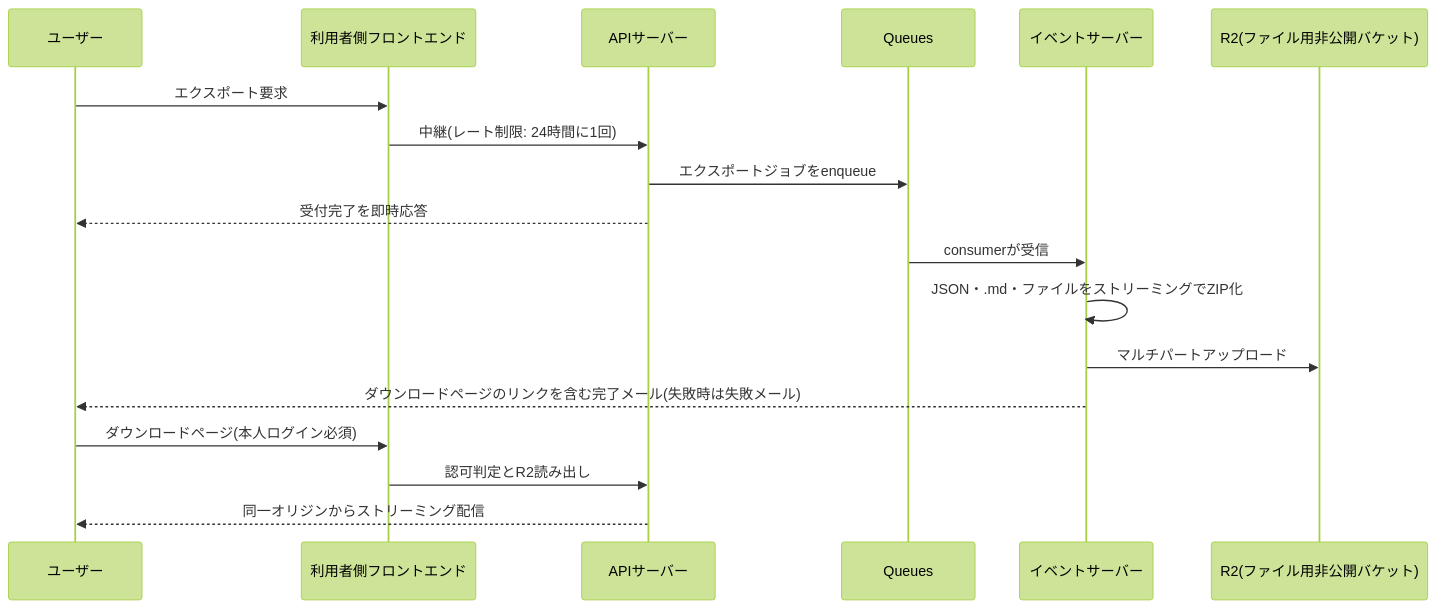
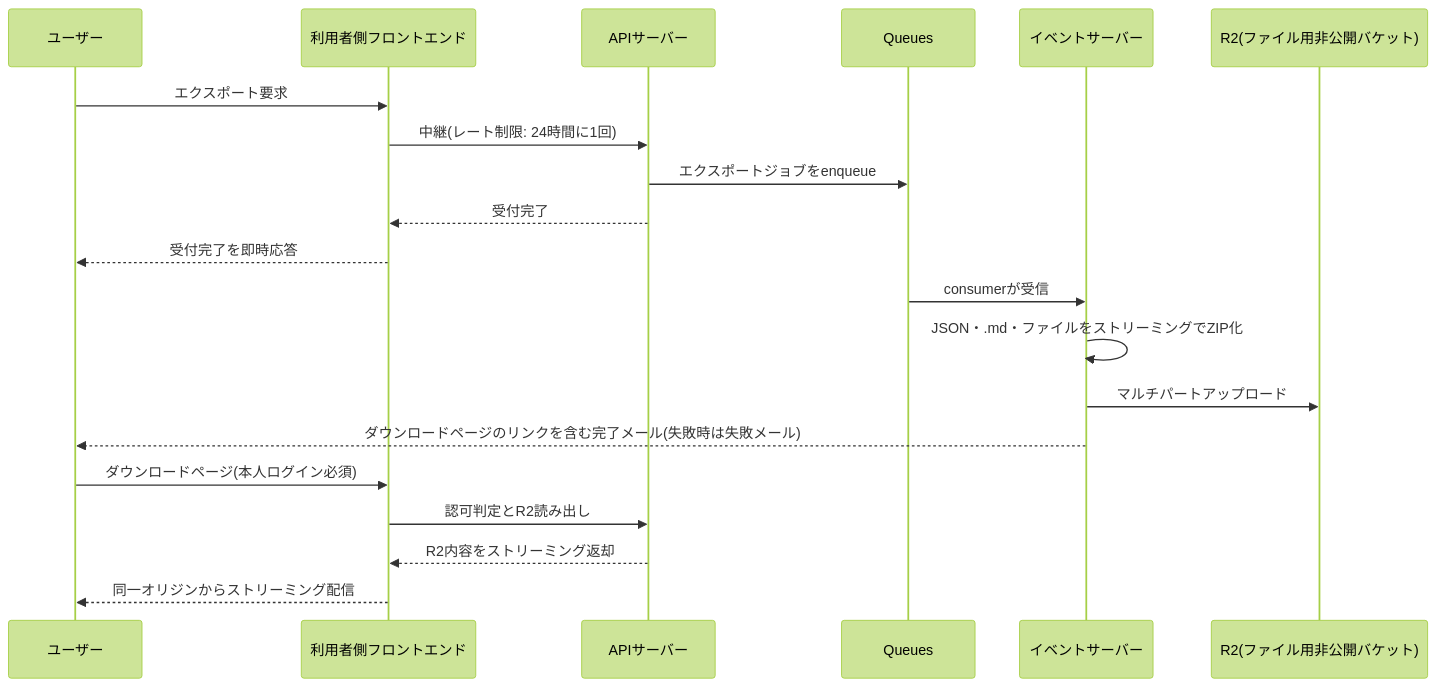
The diagram in docs/GUIDES/service/features/001-user-data-export.md (kurachiweb/genai-example-2-launch-platform), drawn with Mermaid (forest theme) before and after one commit.

Commit message:
docs(service): シーケンス図においてAPIサーバー→ユーザーは直接ではない

````diff
--- a/docs/GUIDES/service/features/001-user-data-export.md
+++ b/docs/GUIDES/service/features/001-user-data-export.md
@@ -603,20 +603,22 @@
 ```mermaid
 sequenceDiagram
     participant U as ユーザー
     participant F as 利用者側フロントエンド
     participant A as APIサーバー
     participant Q as Queues
     participant E as イベントサーバー
     participant R as R2(ファイル用非公開バケット)
     U->>F: エクスポート要求
     F->>A: 中継(レート制限: 24時間に1回)
     A->>Q: エクスポートジョブをenqueue
-    A-->>U: 受付完了を即時応答
+    A-->>F: 受付完了
+    F-->>U: 受付完了を即時応答
     Q->>E: consumerが受信
     E->>E: JSON・.md・ファイルをストリーミングでZIP化
     E->>R: マルチパートアップロード
     E-->>U: ダウンロードページのリンクを含む完了メール(失敗時は失敗メール)
     U->>F: ダウンロードページ(本人ログイン必須)
     F->>A: 認可判定とR2読み出し
-    A-->>U: 同一オリジンからストリーミング配信
+    A-->>F: R2内容をストリーミング返却
+    F-->>U: 同一オリジンからストリーミング配信
 ```
````
